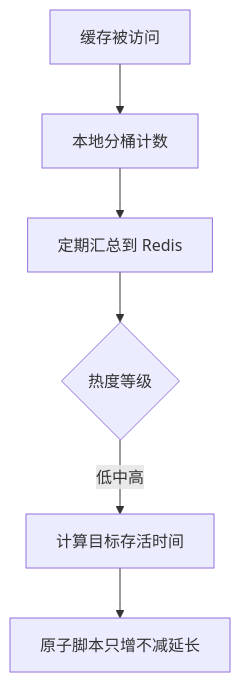
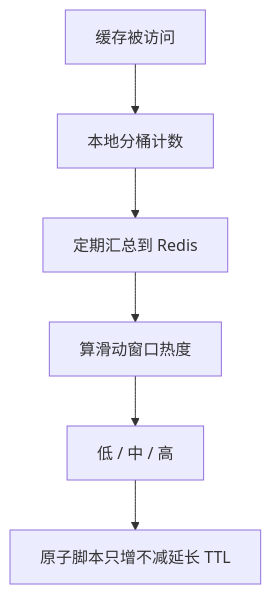
One commit to bitladykiller/zhiguang_go changed the second of 2 diagrams in docs/modules/09-热点缓存与多级缓存策略.md. Above: the diagram before and after it, drawn with Mermaid. The commit also changed other lines of this file and 13 other files, not shown here.

````diff
--- a/docs/modules/09-热点缓存与多级缓存策略.md
+++ b/docs/modules/09-热点缓存与多级缓存策略.md
@@ -218,8 +53,8 @@
 ```mermaid
 flowchart TD
     A[缓存被访问] --> B[本地分桶计数]
     B --> C[定期汇总到 Redis]
-    C --> D{热度等级}
-    D -->|低中高| E[计算目标存活时间]
-    E --> F[原子脚本只增不减延长]
+    C --> D[算滑动窗口热度]
+    D --> E[低 / 中 / 高]
+    E --> F[原子脚本只增不减延长 TTL]
 ```
````
